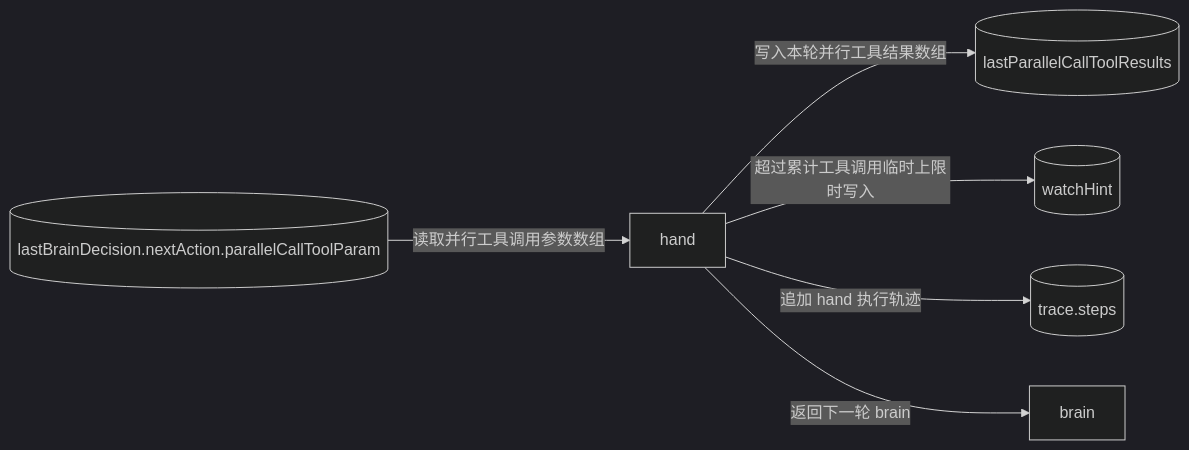
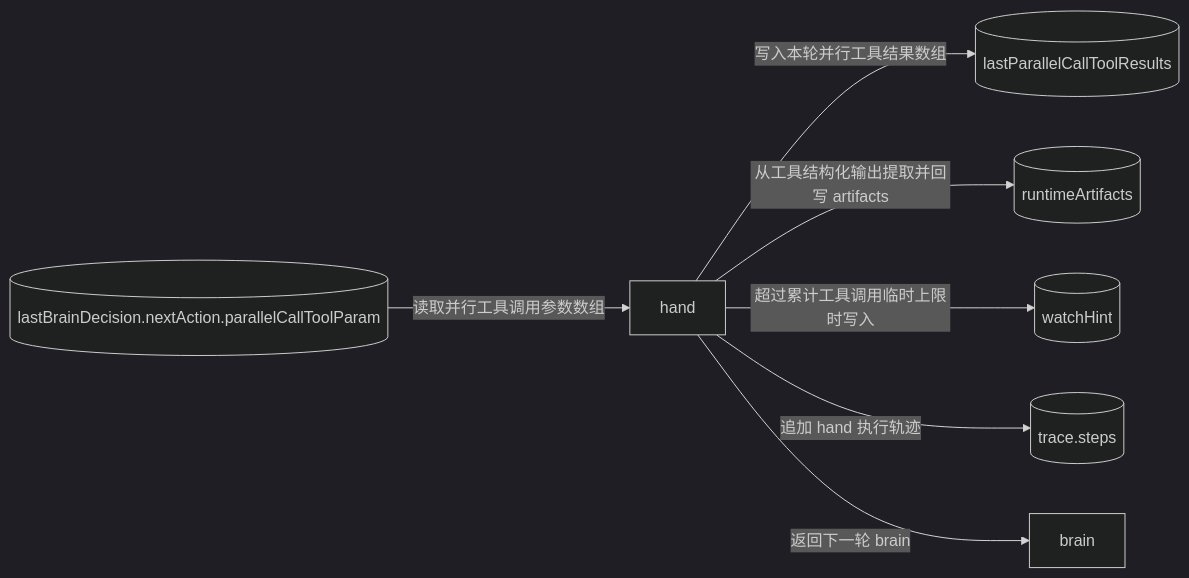
Before and after one commit to Yoan98/Ncurator: the fifth of 6 diagrams in doc/ai-design/data-definition-and-flow.md, drawn with Mermaid (dark theme). The commit also changed other lines of this file and 31 other files, not shown here.

````diff
--- a/doc/ai-design/data-definition-and-flow.md
+++ b/doc/ai-design/data-definition-and-flow.md
@@ -433,15 +465,17 @@
 ```mermaid
 flowchart LR
     LBD[("lastBrainDecision.nextAction.parallelCallToolParam")]
     H["hand"]
     LTR[("lastParallelCallToolResults")]
+    A[("runtimeArtifacts")]
     WH[("watchHint")]
     TR[("trace.steps")]
     B["brain"]
 
     LBD -->|读取并行工具调用参数数组| H
     H -->|写入本轮并行工具结果数组| LTR
+    H -->|从工具结构化输出提取并回写 artifacts| A
     H -->|超过累计工具调用临时上限时写入| WH
     H -->|追加 hand 执行轨迹| TR
     H -->|返回下一轮 brain| B
 ```
````
